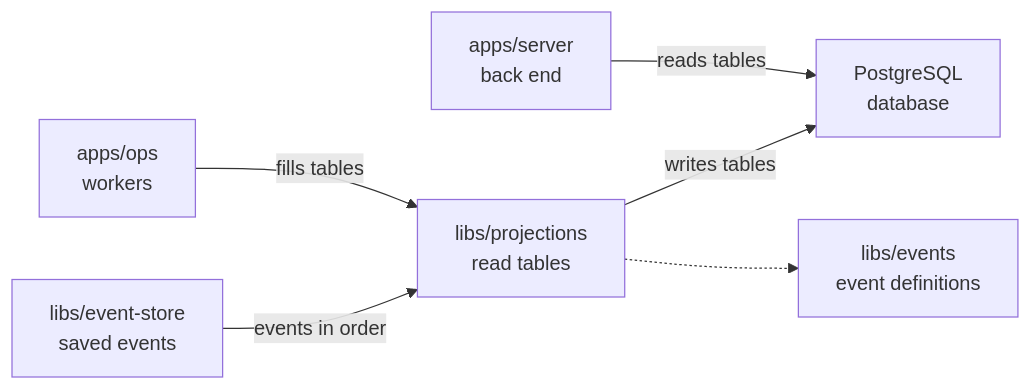
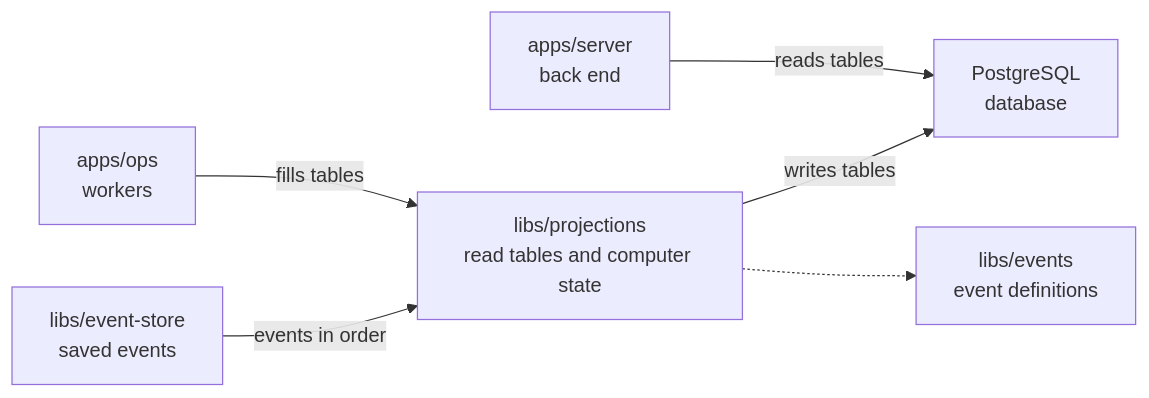
The diagram in libs/projections/README.md (elewa-git/opencrane-new), drawn with Mermaid before and after one commit. The commit also changed other lines of this file and 56 other files, not shown here.

````diff
--- a/libs/projections/README.md
+++ b/libs/projections/README.md
@@ -23,8 +23,8 @@
 ```mermaid
 flowchart LR
-  ops["apps/ops<br/>workers"] -->|fills tables| projections["libs/projections<br/>read tables"]
+  ops["apps/ops<br/>workers"] -->|fills tables| projections["libs/projections<br/>read tables and computer state"]
   server["apps/server<br/>back end"] -->|reads tables| pg["PostgreSQL<br/>database"]
   projections -->|writes tables| pg
   store["libs/event-store<br/>saved events"] -->|events in order| projections
   projections -.-> events["libs/events<br/>event definitions"]
 ```
````
